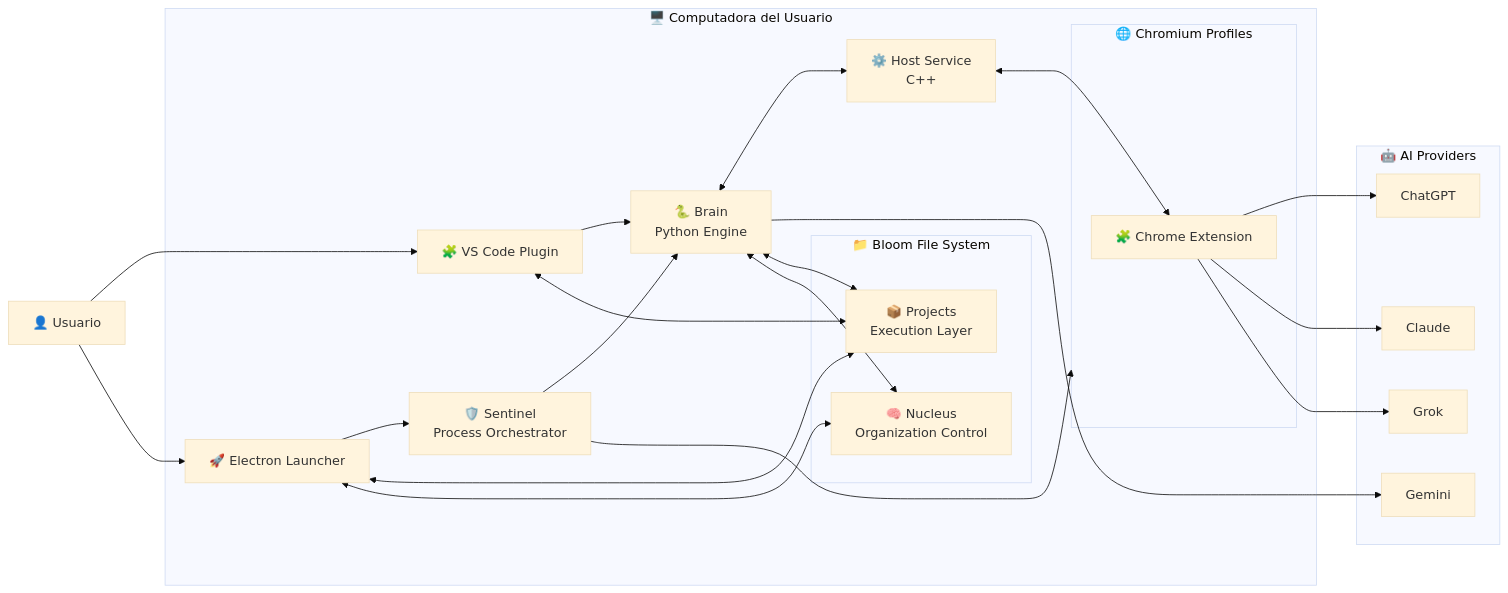
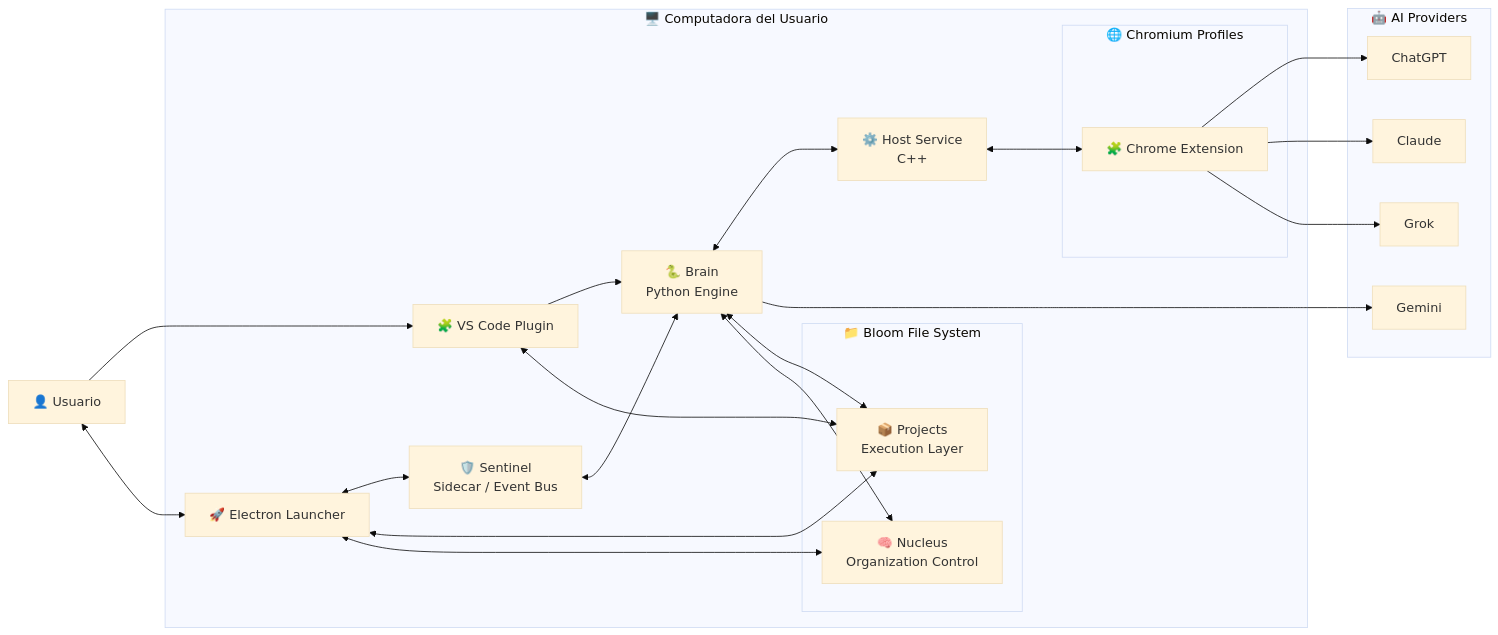
The diagram in docs/BTIPS (Bloom Technical Intent Package).md (JoseVigil/bloom-development-extension), drawn with Mermaid (base theme) before and after one commit. The commit also changed other lines of this file and 4 other files, not shown here.

````diff
--- a/docs/BTIPS (Bloom Technical Intent Package).md
+++ b/docs/BTIPS (Bloom Technical Intent Package).md
@@ -42,56 +42,59 @@
 ```mermaid
 flowchart LR
     User[👤 Usuario]
 
     subgraph PC["🖥️ Computadora del Usuario"]
         
         VS[🧩 VS Code Plugin]
         Launcher[🚀 Electron Launcher]
 
-        Sentinel[🛡️ Sentinel\nProcess Orchestrator]
+        Sentinel[🛡️ Sentinel
+        Sidecar / Event Bus]
 
-        Brain[🐍 Brain\nPython Engine]
+        Brain[🐍 Brain
+        Python Engine]
         Host[⚙️ Host Service\nC++]
 
         subgraph Chrome["🌐 Chromium Profiles"]
             Ext[🧩 Chrome Extension]
         end
 
         subgraph BloomFS["📁 Bloom File System"]
-            Nucleus[🧠 Nucleus\nOrganization Control]
-            Projects[📦 Projects\nExecution Layer]
+            Nucleus[🧠 Nucleus
+            Organization Control]
+            Projects[📦 Projects
+            Execution Layer]
         end
     end
 
     subgraph AI["🤖 AI Providers"]
         ChatGPT
         Claude
         Gemini
         Grok
     end
 
     User --> VS
-    User --> Launcher
+    User <--> Launcher
 
-    Launcher --> Sentinel
-    Sentinel --> Brain
-    Sentinel --> Chrome
+    Launcher <--> Sentinel
+    Sentinel <--> Brain
 
     VS --> Brain
 
     Brain <--> Host
     Host <--> Ext
 
     Ext --> ChatGPT
     Ext --> Claude
     Ext --> Grok
 
     Brain --> Gemini
 
     Brain <--> Projects
     Brain <--> Nucleus
 
     Launcher <--> Projects
     Launcher <--> Nucleus
     VS <--> Projects
 ```
````
